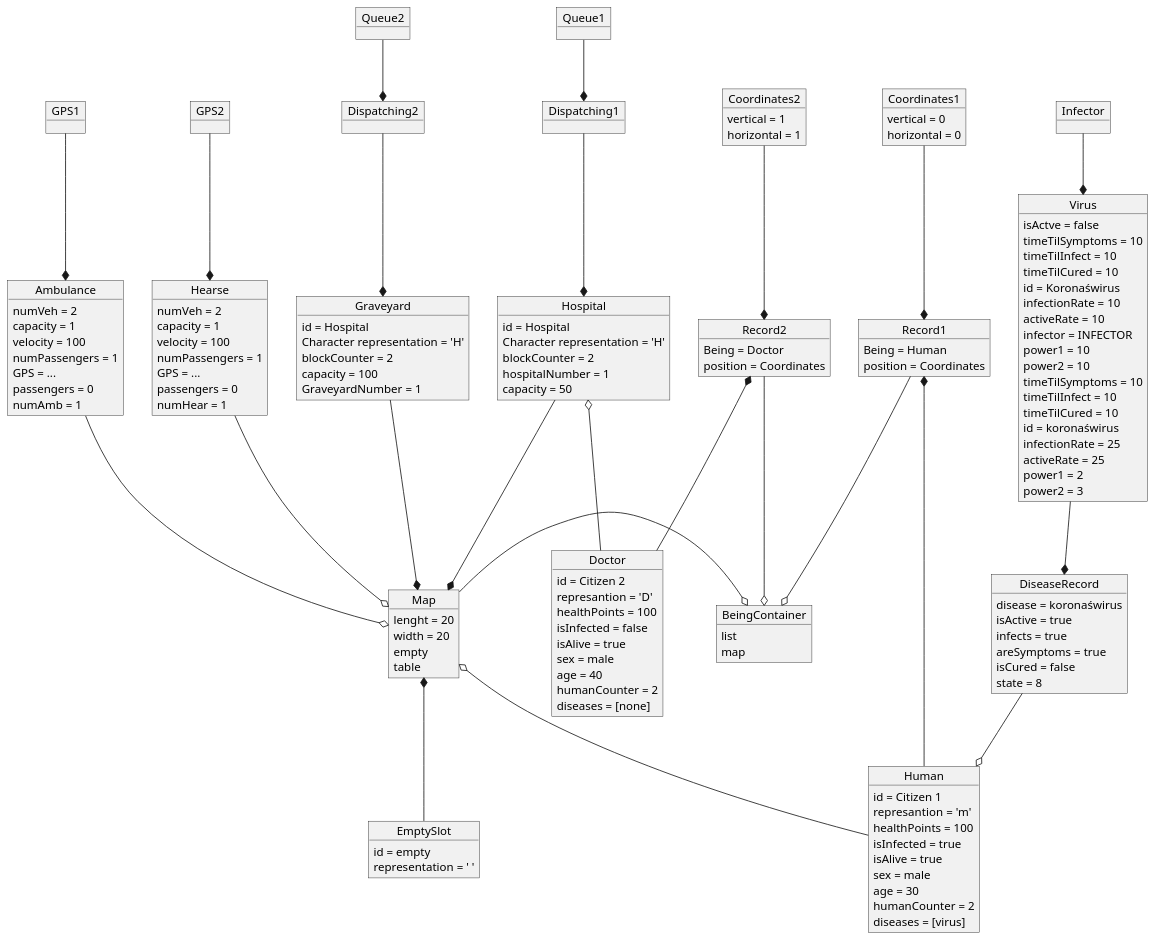
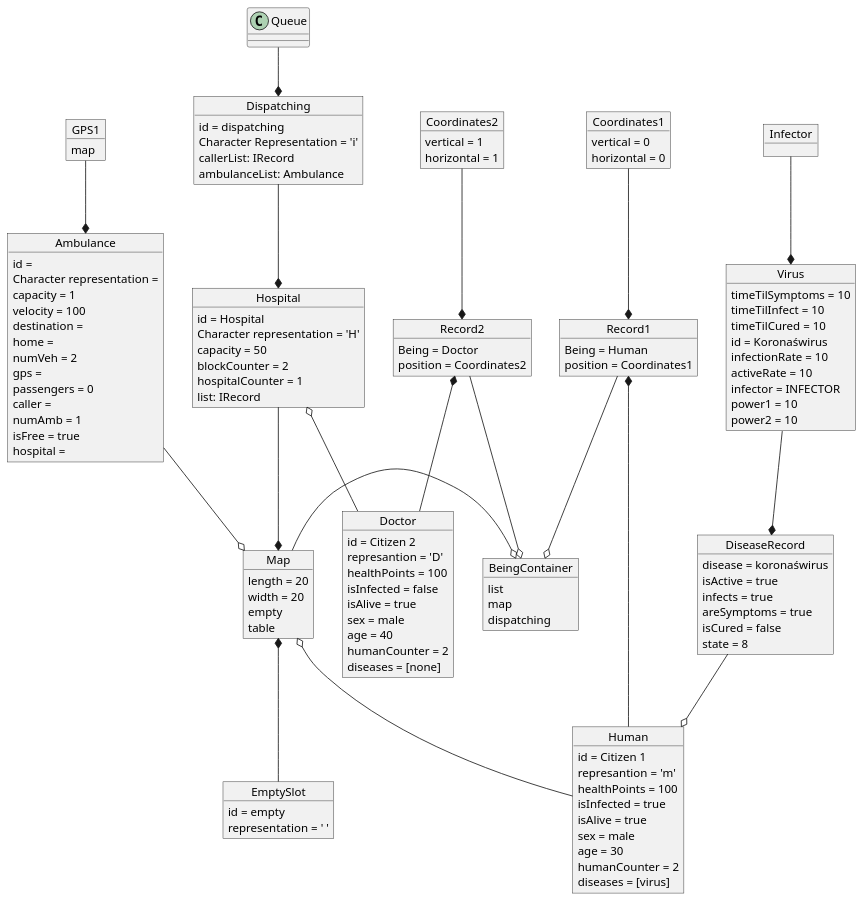
Before and after one commit to karolWazny/plague-repo: the diagram in dokumentacja/Object_diagram/Object_diagram.plantuml, drawn with PlantUML.

```diff
--- a/dokumentacja/Object_diagram/Object_diagram.plantuml
+++ b/dokumentacja/Object_diagram/Object_diagram.plantuml
@@ -1,164 +1,182 @@
 @startuml Object diagram
-object BeingContainer{
-    list
-    map
+object Virus{
+    timeTilSymptoms = 10
+    timeTilInfect = 10
+    timeTilCured = 10
+    id = Koronaświrus
+    infectionRate = 10
+    activeRate = 10
+    infector = INFECTOR 
+    power1 = 10
+    power2 = 10
 }
+object Infector{
+
+}
+object DiseaseRecord{
+    disease = koronaświrus
+    isActive = true 
+    infects = true 
+    areSymptoms = true 
+    isCured = false 
+    state = 8
+}
+
+
+
+
+
+object GPS1{
+    map 
+}
+object Ambulance{
+    id =
+    Character representation = 
+    capacity = 1
+    velocity = 100
+    destination = 
+    home = 
+    numVeh = 2
+    gps = 
+    passengers = 0
+    caller = 
+    numAmb = 1
+    isFree = true
+    hospital = 
+}
+
+
+
+
+
+object Dispatching{
+    id = dispatching
+    Character Representation = 'i'
+    callerList: IRecord 
+    ambulanceList: Ambulance 
+}
+
+
+
+
+
+object Hospital{
+    id = Hospital
+    Character representation = 'H'
+    capacity = 50
+    blockCounter = 2
+    hospitalCounter = 1
+    list: IRecord 
+}
+
+
+
+
+
 object Map{
-    lenght = 20
+    length = 20
     width = 20
     empty 
     table 
-} 
+}
+object EmptySlot{
+    id = empty
+    representation = ' '
+}
+
+
+
+
+
 object Human{
     id = Citizen 1
     represantion = 'm'
     healthPoints = 100
     isInfected = true
     isAlive = true
     sex = male 
     age = 30 
     humanCounter = 2
     diseases = [virus] 
 }
 object Doctor{
     id = Citizen 2
     represantion = 'D'
     healthPoints = 100
     isInfected = false
     isAlive = true
     sex = male 
     age = 40 
     humanCounter = 2
     diseases = [none]
 }
-object EmptySlot{
-    id = empty
-    representation = ' '
+
+
+
+
+
+object Record1{
+    Being = Human
+    position = Coordinates1
 }
-object Hospital{
-    id = Hospital
-    Character representation = 'H'
-    blockCounter = 2
-    hospitalNumber = 1
-    capacity = 50
-}
-object Dispatching1{
-
-}
-object Dispatching2{
-
-}
-object GPS1{
-
-}
-object Ambulance{
-    numVeh = 2
-    capacity = 1
-    velocity = 100
-    numPassengers = 1
-    GPS = ...
-    passengers = 0
-    numAmb = 1
-}
-object Hearse{
-    numVeh = 2
-    capacity = 1
-    velocity = 100
-    numPassengers = 1
-    GPS = ...
-    passengers = 0
-    numHear = 1
-}
-object GPS2{
-
-}
-object Graveyard{
-    id = Hospital
-    Character representation = 'H'
-    blockCounter = 2
-    capacity = 100
-    GraveyardNumber = 1
+object Record2{
+    Being = Doctor
+    position = Coordinates2
 }
 object Coordinates1{
     vertical = 0
     horizontal = 0
 }
-object Queue1{
-
-}
-object Queue2{
-
-}
-
-object Infector{
-    
-}
-object Virus{
-    isActve = false
-    timeTilSymptoms = 10
-    timeTilInfect = 10
-    timeTilCured = 10
-    id = Koronaświrus
-    infectionRate = 10
-    activeRate = 10
-    infector = INFECTOR 
-    power1 = 10
-    power2 = 10
-}
-object Virus{
-    timeTilSymptoms = 10
-    timeTilInfect = 10
-    timeTilCured = 10
-    id = koronaświrus
-    infectionRate = 25
-    activeRate = 25
-    power1 = 2
-    power2 = 3
-}
-object DiseaseRecord{
-    disease = koronaświrus
-    isActive = true 
-    infects = true 
-    areSymptoms = true 
-    isCured = false 
-    state = 8
-}
-object Record1{
-    Being = Human
-    position = Coordinates
-}
-object Record2{
-    Being = Doctor
-    position = Coordinates
-}
 object Coordinates2{
     vertical = 1
     horizontal = 1
 }
+object BeingContainer{
+    list
+    map
+    dispatching
+}
+
+
+
+
+
+
+ 
+
+
+
+
+
+
+
+
+
+
 
 Map -o BeingContainer 
 Map *-- EmptySlot
 Map o-- Human
 Record1 *-- Human
 Hospital o-- Doctor
 Record2 *-- Doctor
 Record1 --o BeingContainer
 Hospital --* Map 
-Graveyard --* Map 
+
 GPS1 --* Ambulance 
 Ambulance --o Map
-GPS2 --* Hearse 
-Hearse --o Map
+
+
 Infector --* Virus
-Dispatching1 --* Hospital
-Dispatching2 --* Graveyard
-Queue1 --* Dispatching1
-Queue2 --* Dispatching2
+Dispatching --* Hospital
+
+Queue --* Dispatching
+
 Virus --* DiseaseRecord
 DiseaseRecord --o Human
 Coordinates1 --* Record1
 Record2 --o BeingContainer
 Coordinates2 --* Record2
 
 
 @enduml 
```
